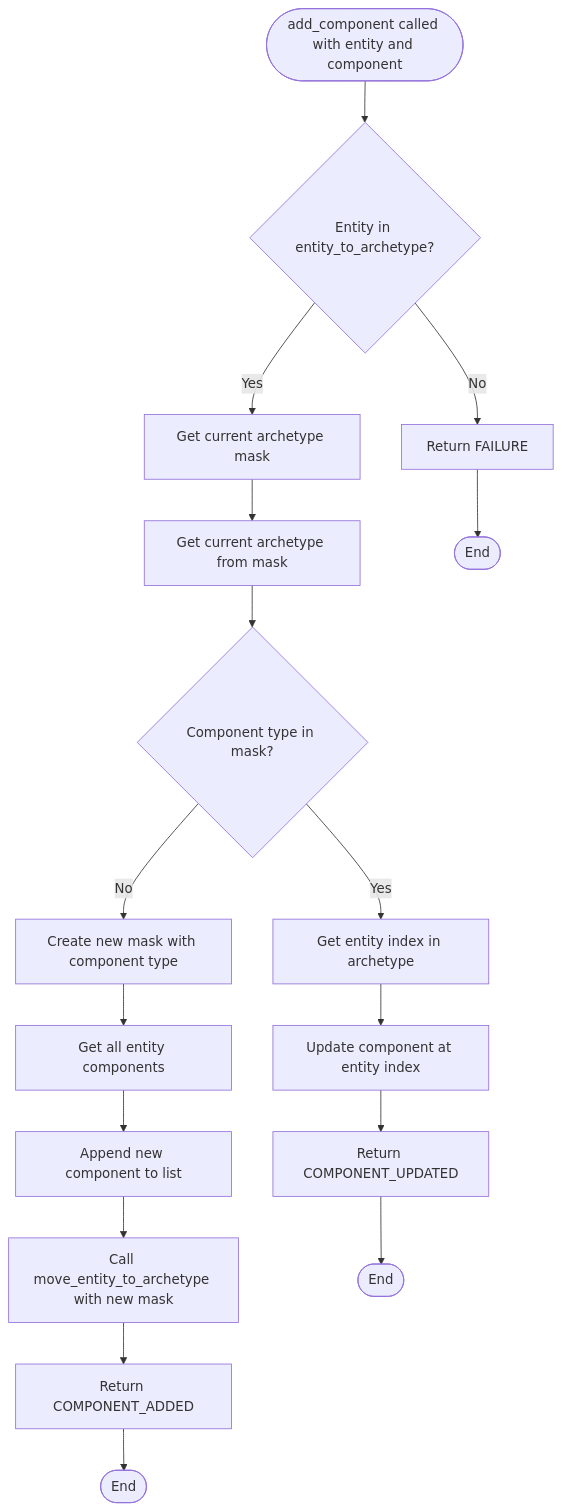
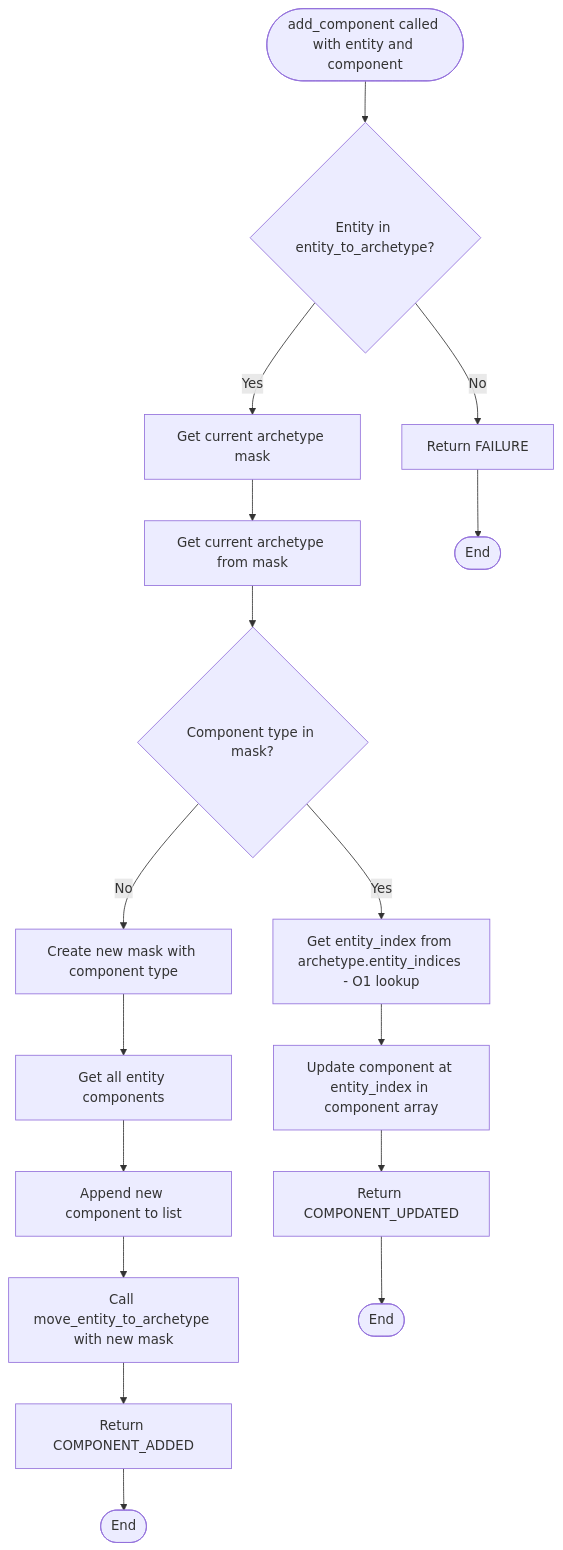
One commit to brodycritchlow/PyECS changed the diagram in mermaid/ComponentStorage/add_component.mermaid. Above: the diagram before and after it, drawn with Mermaid. The commit also changed 3 other files, not shown here.

Commit message:
docs: update mermaid diagrams to reflect O(1) entity lookup optimization

```diff
--- a/mermaid/ComponentStorage/add_component.mermaid
+++ b/mermaid/ComponentStorage/add_component.mermaid
@@ -1,23 +1,23 @@
 flowchart TD
     Start([add_component called with entity and component]) --> CheckEntity{Entity in entity_to_archetype?}
     
     CheckEntity -->|No| ReturnFailure[Return FAILURE]
     CheckEntity -->|Yes| GetMask[Get current archetype mask]
     
     GetMask --> GetArchetype[Get current archetype from mask]
     GetArchetype --> CheckComponentType{Component type in mask?}
     
     CheckComponentType -->|No| CreateNewMask[Create new mask with component type]
-    CheckComponentType -->|Yes| GetEntityIndex[Get entity index in archetype]
+    CheckComponentType -->|Yes| GetEntityIndex[Get entity_index from archetype.entity_indices - O1 lookup]
     
     CreateNewMask --> GetComponents[Get all entity components]
     GetComponents --> AppendComponent[Append new component to list]
     AppendComponent --> MoveEntity[Call move_entity_to_archetype with new mask]
     MoveEntity --> ReturnAdded[Return COMPONENT_ADDED]
     
-    GetEntityIndex --> UpdateComponent[Update component at entity index]
+    GetEntityIndex --> UpdateComponent[Update component at entity_index in component array]
     UpdateComponent --> ReturnUpdated[Return COMPONENT_UPDATED]
     
     ReturnFailure --> End1([End])
     ReturnAdded --> End2([End])
     ReturnUpdated --> End3([End])
```
